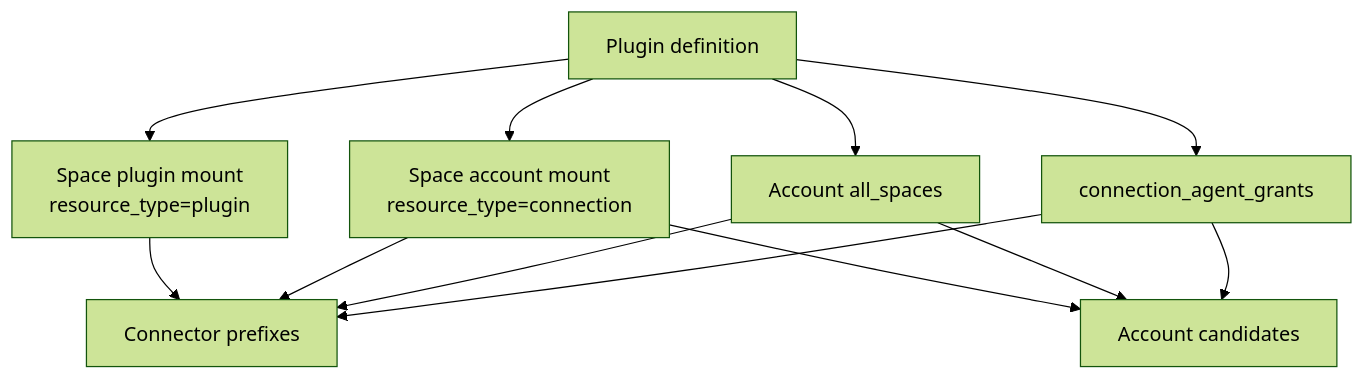
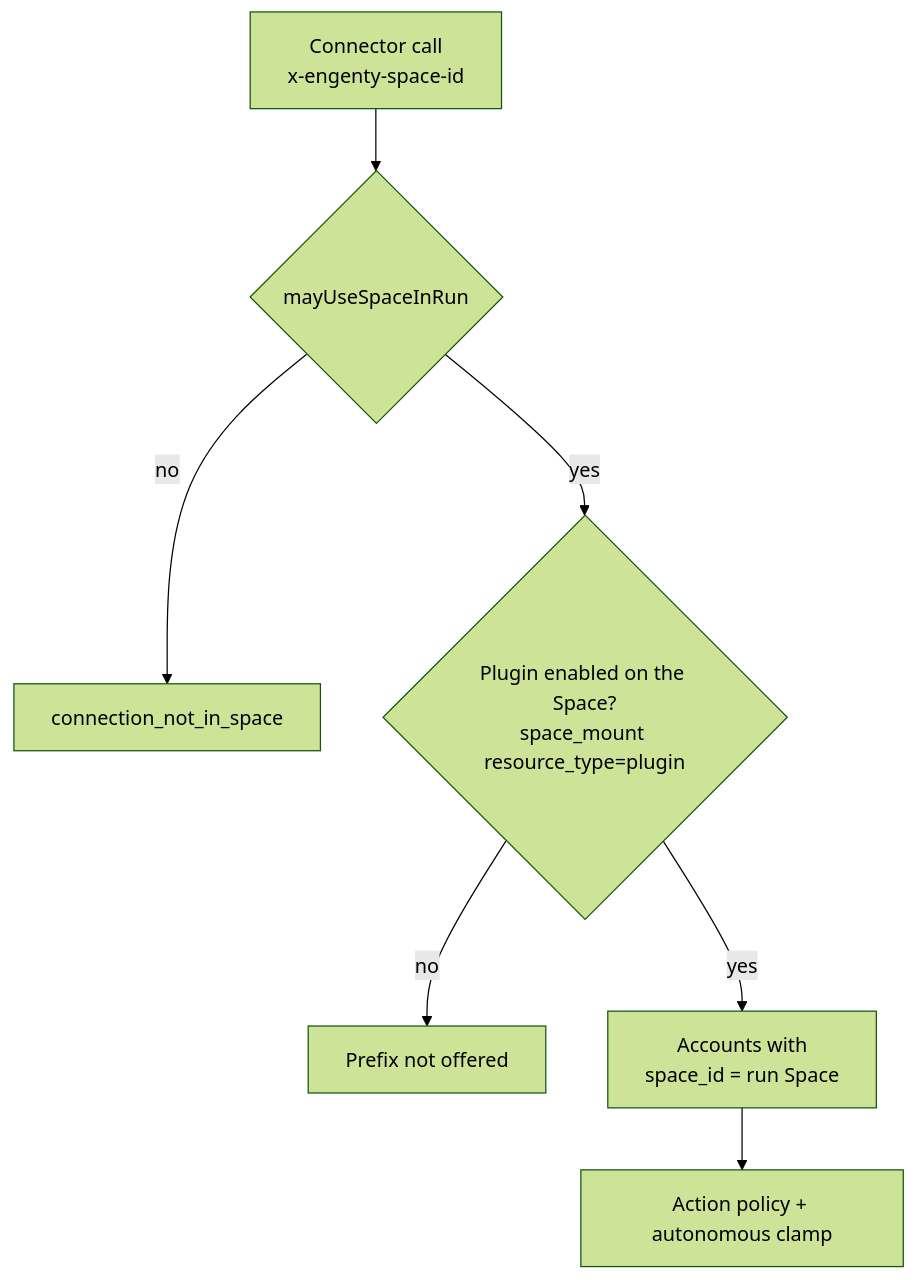
Before and after one commit to engenty/engenty: the diagram in docs/content/dev/connections.md, drawn with Mermaid (forest theme). The commit also changed other lines of this file and 1365 other files, not shown here.

````diff
--- a/docs/content/dev/connections.md
+++ b/docs/content/dev/connections.md
@@ -79,15 +78,9 @@
 ```mermaid
 flowchart TD
-  plugin[Plugin definition]
-  plugin --> spacePlugin["Space plugin mount<br/>resource_type=plugin"]
-  plugin --> connUuid["Space account mount<br/>resource_type=connection"]
-  plugin --> allSpaces["Account all_spaces"]
-  plugin --> grant["connection_agent_grants"]
-  spacePlugin --> prefixes[Connector prefixes]
-  connUuid --> prefixes
-  connUuid --> accounts[Account candidates]
-  allSpaces --> prefixes
-  allSpaces --> accounts
-  grant --> prefixes
-  grant --> accounts
+  call["Connector call<br/>x-engenty-space-id"] --> verify{"mayUseSpaceInRun"}
+  verify -- no --> deny[connection_not_in_space]
+  verify -- yes --> plugin{"Plugin enabled on the Space?<br/>space_mount resource_type=plugin"}
+  plugin -- no --> hidden[Prefix not offered]
+  plugin -- yes --> accounts["Accounts with<br/>space_id = run Space"]
+  accounts --> policy[Action policy + autonomous clamp]
 ```
````
